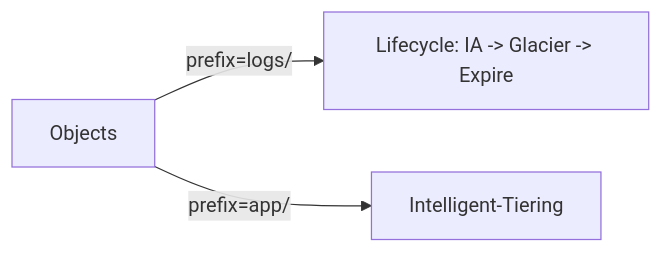
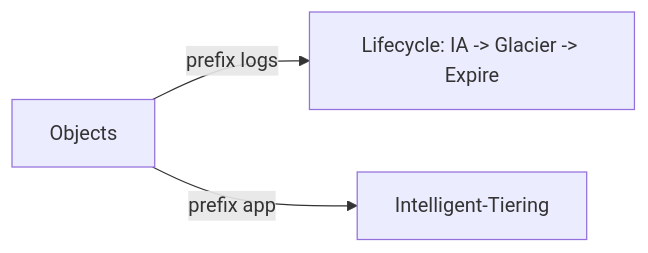
One commit to niceguy61/aws-saa-lecture-2026 changed the diagram in aws-saa/week04-domain04-cost-optimized-architectures/day03/01-theory.md. Above: the diagram before and after it, drawn with Mermaid. The commit also changed other lines of this file and 9 other files, not shown here.

Commit message:
Normalize mermaid labels to avoid special-char parse issues

````diff
--- a/aws-saa/week04-domain04-cost-optimized-architectures/day03/01-theory.md
+++ b/aws-saa/week04-domain04-cost-optimized-architectures/day03/01-theory.md
@@ -26,5 +26,5 @@
 ```mermaid
 flowchart LR
-  Data[Objects] -->|prefix=logs/| Rule1[Lifecycle: IA -> Glacier -> Expire]
-  Data -->|prefix=app/| Rule2[Intelligent-Tiering]
+  Data[Objects] -->|prefix logs| Rule1[Lifecycle: IA -> Glacier -> Expire]
+  Data -->|prefix app| Rule2[Intelligent-Tiering]
 ```
````
